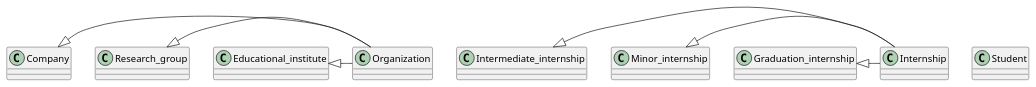
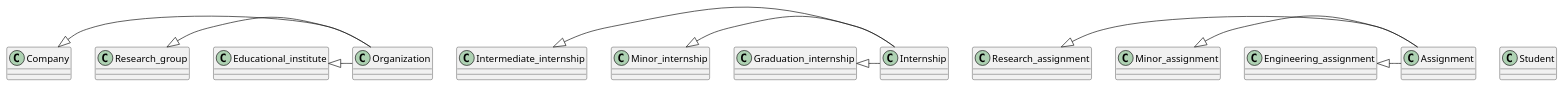
One commit to JoiningwithMattheus/Week1 changed the diagram in Week3/ClassDiagram.puml. Above: the diagram before and after it, drawn with PlantUML.

```diff
--- a/Week3/ClassDiagram.puml
+++ b/Week3/ClassDiagram.puml
@@ -1,45 +1,64 @@
 @startuml SIS
 
 class Organization {
 
 }
 
 class Company {
 
 }
 Company <|- Organization
 
 class Research_group{
 
 }
 Research_group <|- Organization
 
 class Educational_institute{
 
 }
 Educational_institute <|- Organization
 
 class Internship {
 
 }
 
 class Intermediate_internship {
 
 }
 Intermediate_internship <|- Internship
 
 class Minor_internship {
 
 }
 Minor_internship <|- Internship
 
 class Graduation_internship {
 
 }
 Graduation_internship <|- Internship
 
+class Assignment {
+
+}
+
+class Research_assignment {
+
+}
+Research_assignment <|- Assignment
+
+class Minor_assignment {
+
+}
+Minor_assignment <|- Assignment
+
+class Engineering_assignment {
+
+}
+Engineering_assignment <|- Assignment
+
 class Student {
 
 }
 
 @enduml
```
